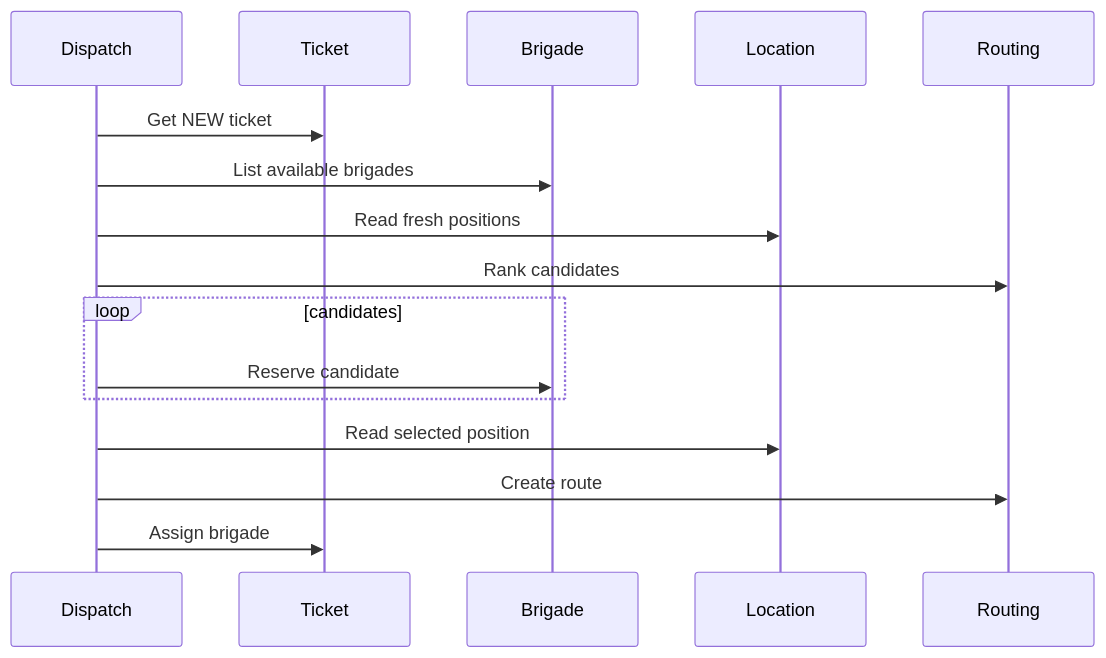
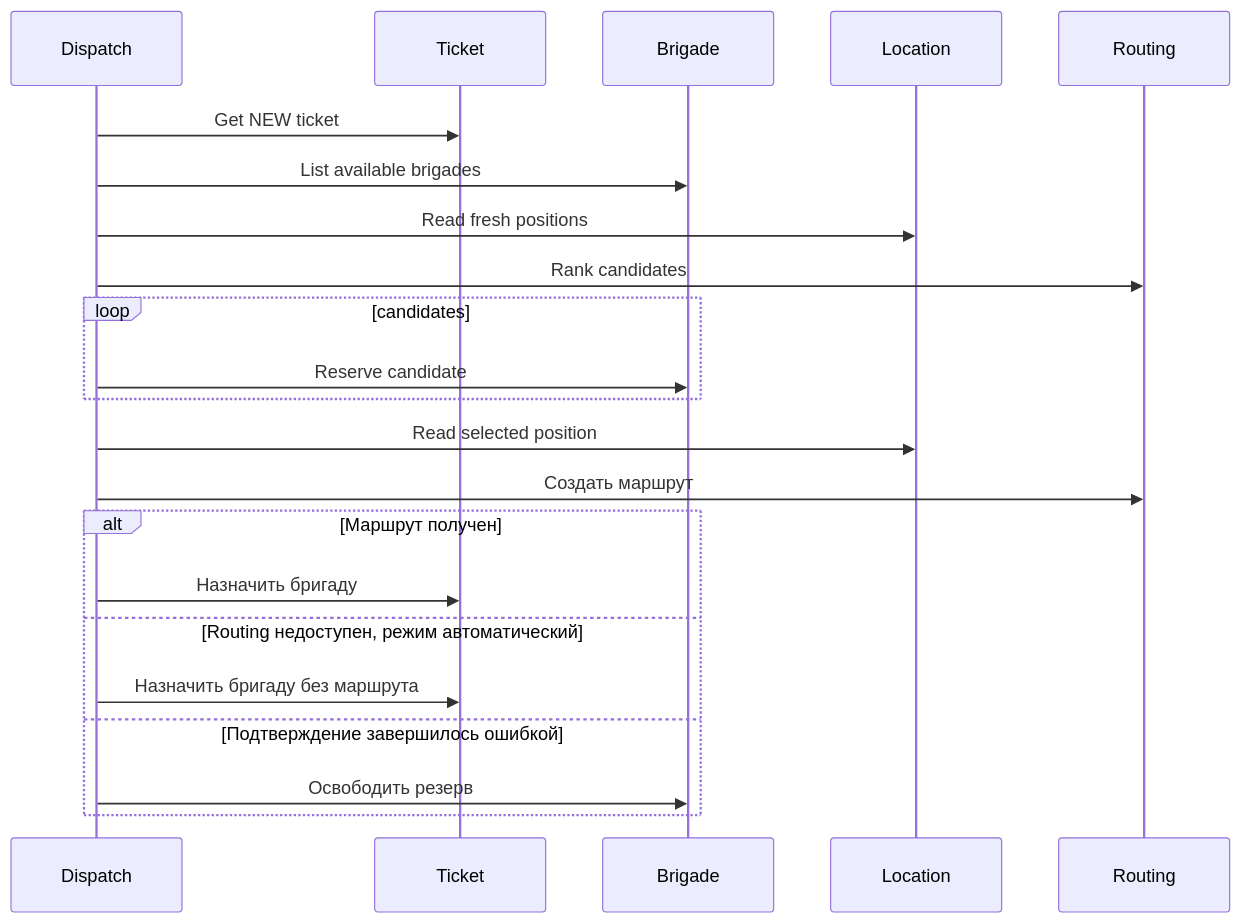
The second of 4 diagrams in wiki/Ticket-Lifecycle.md (FIZZI-77/automatic_system), drawn with Mermaid before and after one commit. The commit also changed other lines of this file and 23 other files, not shown here.

````diff
--- a/wiki/Ticket-Lifecycle.md
+++ b/wiki/Ticket-Lifecycle.md
@@ -28,19 +36,25 @@
 ```mermaid
 sequenceDiagram
     participant D as Dispatch
     participant T as Ticket
     participant B as Brigade
     participant L as Location
     participant R as Routing
 
     D->>T: Get NEW ticket
     D->>B: List available brigades
     D->>L: Read fresh positions
     D->>R: Rank candidates
     loop candidates
         D->>B: Reserve candidate
     end
     D->>L: Read selected position
-    D->>R: Create route
-    D->>T: Assign brigade
+    D->>R: Создать маршрут
+    alt Маршрут получен
+        D->>T: Назначить бригаду
+    else Routing недоступен, режим автоматический
+        D->>T: Назначить бригаду без маршрута
+    else Подтверждение завершилось ошибкой
+        D->>B: Освободить резерв
+    end
 ```
````
